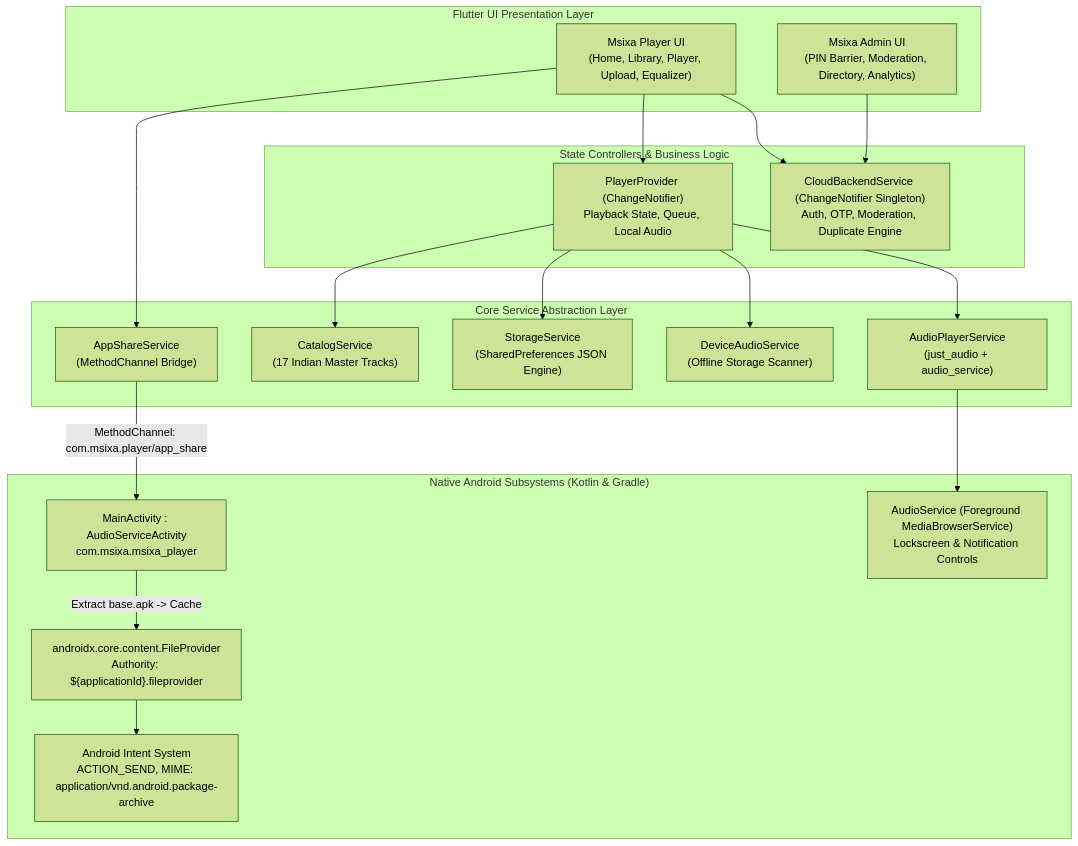
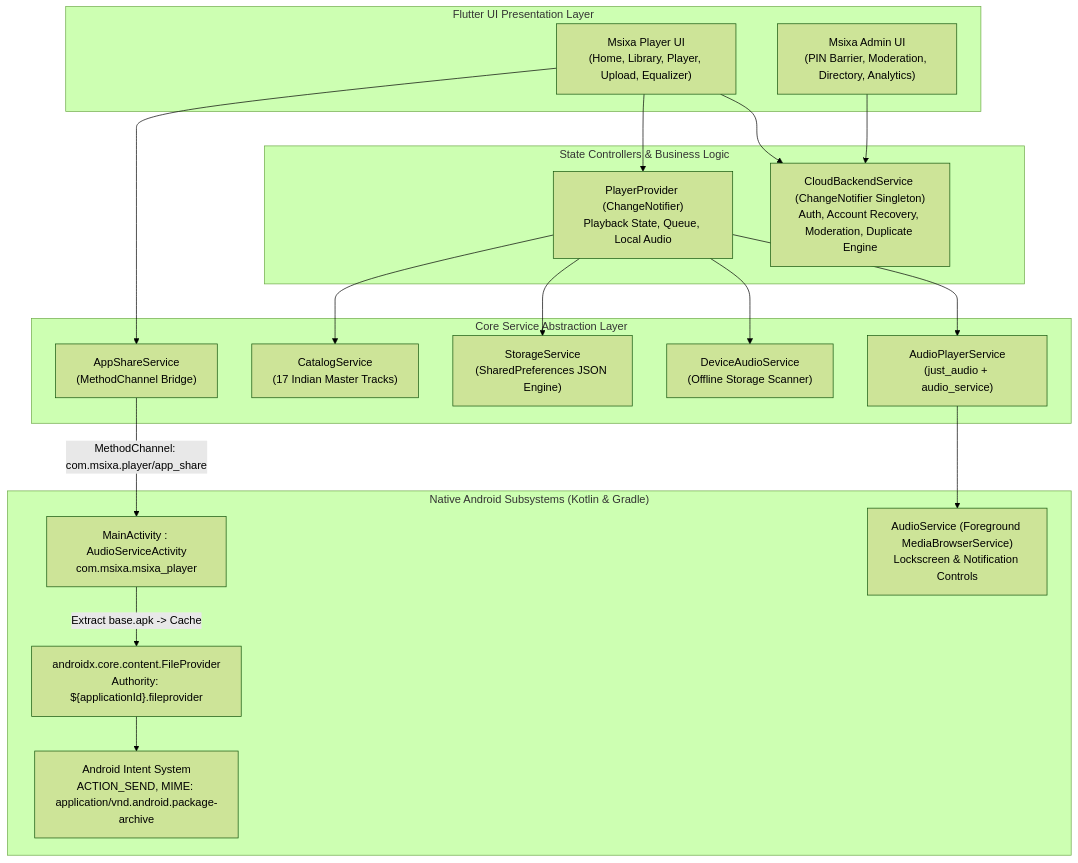
One commit to rajeshsainkdk-bot/msixa_player changed the first of 3 diagrams in library/technical/TECHNICAL_ARCHITECTURE_THEORETICAL_SPEC.md. Above: the diagram before and after it, drawn with Mermaid (forest theme). The commit also changed other lines of this file and 8 other files, not shown here.

Commit message:
feat: zero-OTP instant registration with mandatory name, 10-digit phone, email & automatic account/playlist recovery

````diff
--- a/library/technical/TECHNICAL_ARCHITECTURE_THEORETICAL_SPEC.md
+++ b/library/technical/TECHNICAL_ARCHITECTURE_THEORETICAL_SPEC.md
@@ -12,42 +12,42 @@
 ```mermaid
 graph TB
     subgraph "Flutter UI Presentation Layer"
         UI_USER["Msixa Player UI<br/>(Home, Library, Player, Upload, Equalizer)"]
         UI_ADMIN["Msixa Admin UI<br/>(PIN Barrier, Moderation, Directory, Analytics)"]
     end
 
     subgraph "State Controllers & Business Logic"
         PP["PlayerProvider (ChangeNotifier)<br/>Playback State, Queue, Local Audio"]
-        CBS["CloudBackendService (ChangeNotifier Singleton)<br/>Auth, OTP, Moderation, Duplicate Engine"]
+        CBS["CloudBackendService (ChangeNotifier Singleton)<br/>Auth, Account Recovery, Moderation, Duplicate Engine"]
     end
 
     subgraph "Core Service Abstraction Layer"
         APS["AudioPlayerService<br/>(just_audio + audio_service)"]
         CS["CatalogService<br/>(17 Indian Master Tracks)"]
         SS["StorageService<br/>(SharedPreferences JSON Engine)"]
         DAS["DeviceAudioService<br/>(Offline Storage Scanner)"]
         ASS["AppShareService<br/>(MethodChannel Bridge)"]
     end
 
     subgraph "Native Android Subsystems (Kotlin & Gradle)"
         ACT["MainActivity : AudioServiceActivity<br/>com.msixa.msixa_player"]
         FP["androidx.core.content.FileProvider<br/>Authority: ${applicationId}.fileprovider"]
         INTENT["Android Intent System<br/>ACTION_SEND, MIME: application/vnd.android.package-archive"]
         MEDIA_SVC["AudioService (Foreground MediaBrowserService)<br/>Lockscreen & Notification Controls"]
     end
 
     UI_USER --> PP
     UI_USER --> CBS
     UI_ADMIN --> CBS
 
     PP --> APS
     PP --> CS
     PP --> SS
     PP --> DAS
     UI_USER --> ASS
 
     ASS -->|MethodChannel: com.msixa.player/app_share| ACT
     ACT -->|Extract base.apk -> Cache| FP
     FP --> INTENT
     APS --> MEDIA_SVC
 ```
````
